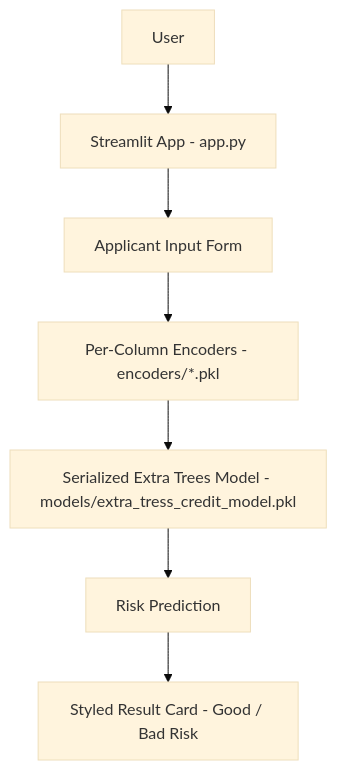
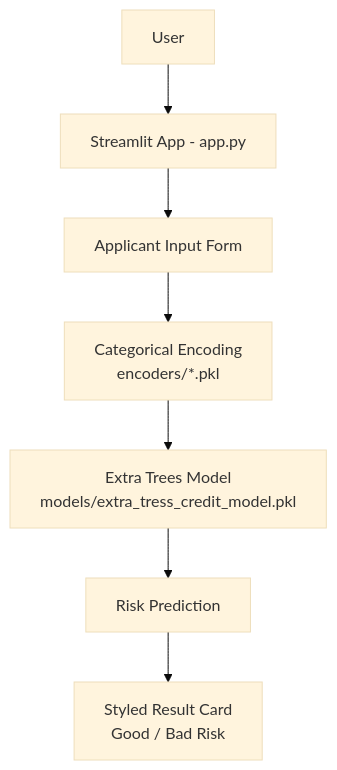
The first of 3 diagrams in README.md (harshantla-cloud/CREDIT-RISK-MODELLING), drawn with Mermaid (base theme) before and after one commit. The commit also changed other lines of this file, not shown here.

````diff
--- a/README.md
+++ b/README.md
@@ -65,9 +66,9 @@
 ```mermaid
 flowchart TD
     A[User] --> B[Streamlit App - app.py]
     B --> C[Applicant Input Form]
-    C --> D[Per-Column Encoders - encoders/*.pkl]
-    D --> E[Serialized Extra Trees Model - models/extra_tress_credit_model.pkl]
+    C --> D[Categorical Encoding<br/>encoders/*.pkl]
+    D --> E[Extra Trees Model<br/>models/extra_tress_credit_model.pkl]
     E --> F[Risk Prediction]
-    F --> G[Styled Result Card - Good / Bad Risk]
+    F --> G[Styled Result Card<br/>Good / Bad Risk]
 ```
````
